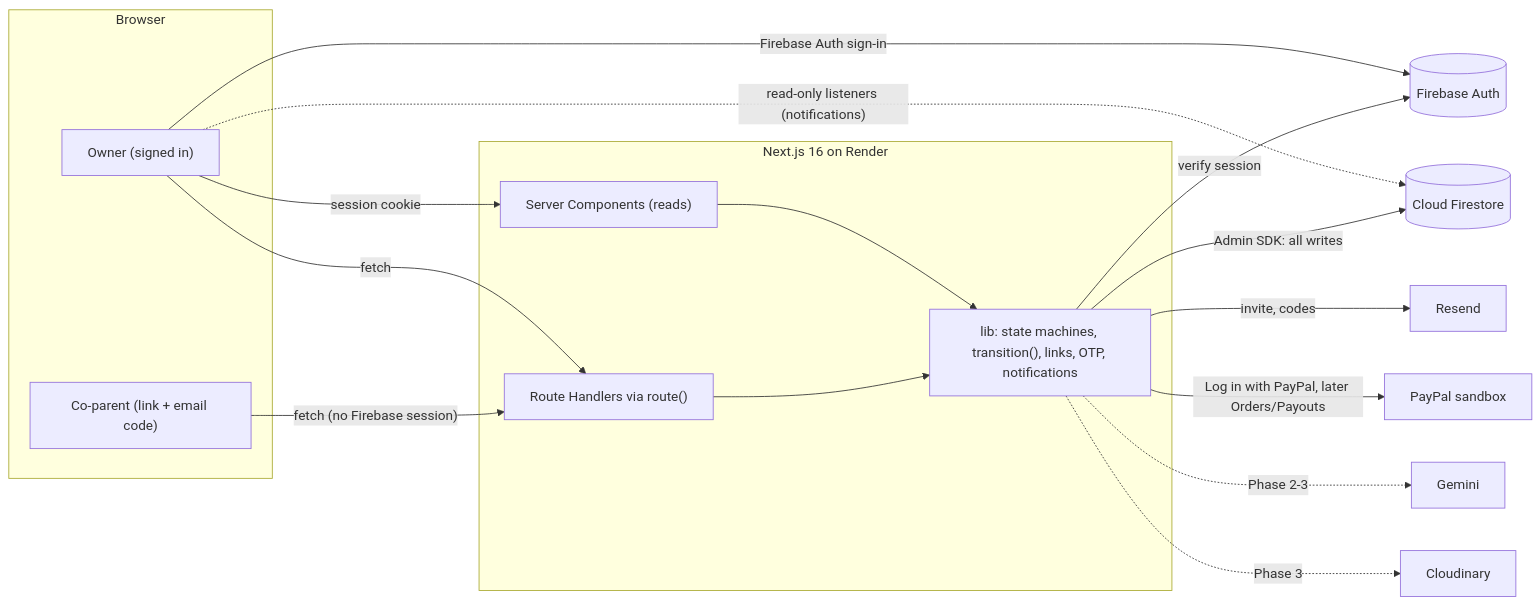
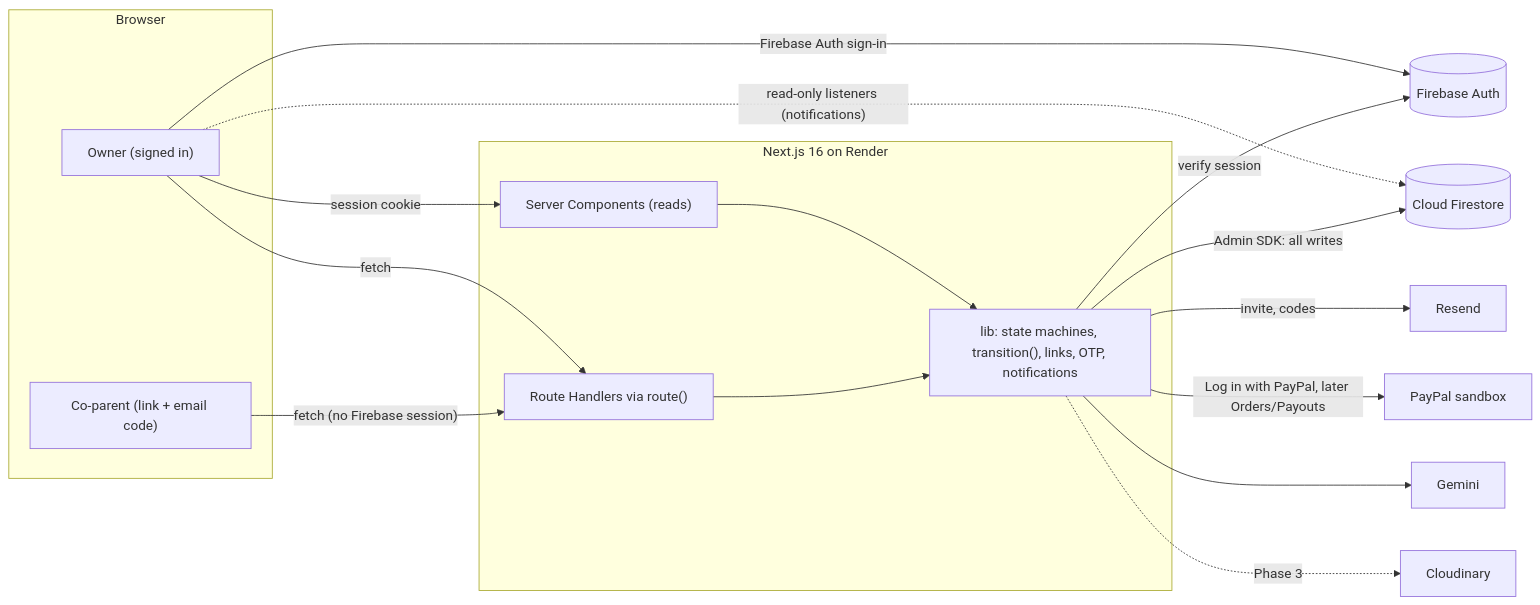
Before and after one commit to huzaifazahid1/two-homes-preflight: the first of 4 diagrams in docs/architecture.md, drawn with Mermaid. The commit also changed other lines of this file and 56 other files, not shown here.

````diff
--- a/docs/architecture.md
+++ b/docs/architecture.md
@@ -5,25 +5,25 @@
 ```mermaid
 flowchart LR
   subgraph Browser
     Owner["Owner (signed in)"]
     Guest["Co-parent (link + email code)"]
   end
   subgraph Render["Next.js 16 on Render"]
     Pages["Server Components (reads)"]
     API["Route Handlers via route()"]
     Lib["lib: state machines, transition(), links, OTP, notifications"]
   end
   Owner -- "Firebase Auth sign-in" --> FAuth[(Firebase Auth)]
   Owner -- "session cookie" --> Pages
   Owner -- "fetch" --> API
   Owner -. "read-only listeners (notifications)" .-> FS[(Cloud Firestore)]
   Guest -- "fetch (no Firebase session)" --> API
   Pages --> Lib
   API --> Lib
   Lib -- "Admin SDK: all writes" --> FS
   Lib -- "verify session" --> FAuth
   Lib -- "invite, codes" --> Resend[Resend]
   Lib -- "Log in with PayPal, later Orders/Payouts" --> PayPal[PayPal sandbox]
-  Lib -. "Phase 2-3" .-> Gemini[Gemini]
+  Lib --> Gemini[Gemini]
   Lib -. "Phase 3" .-> Cloudinary[Cloudinary]
 ```
````
